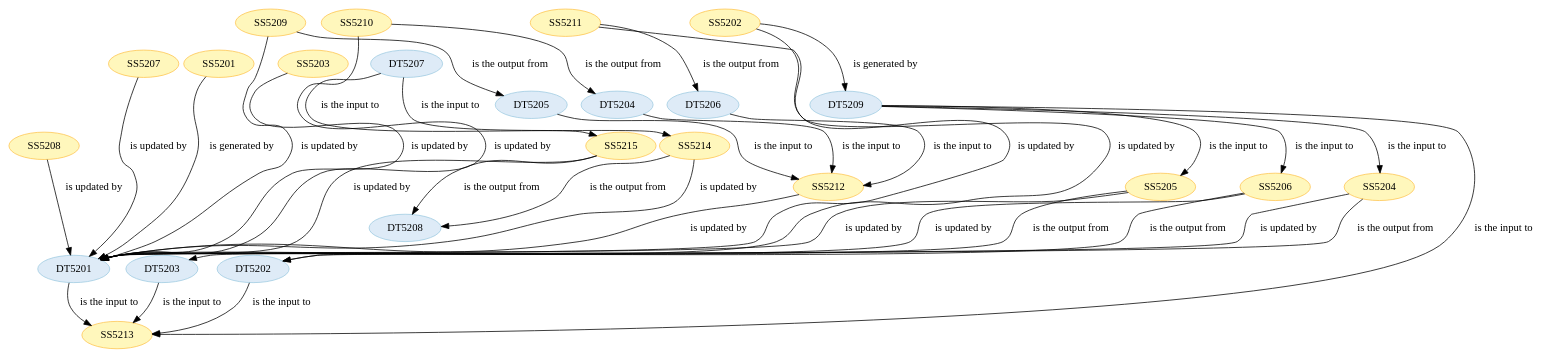
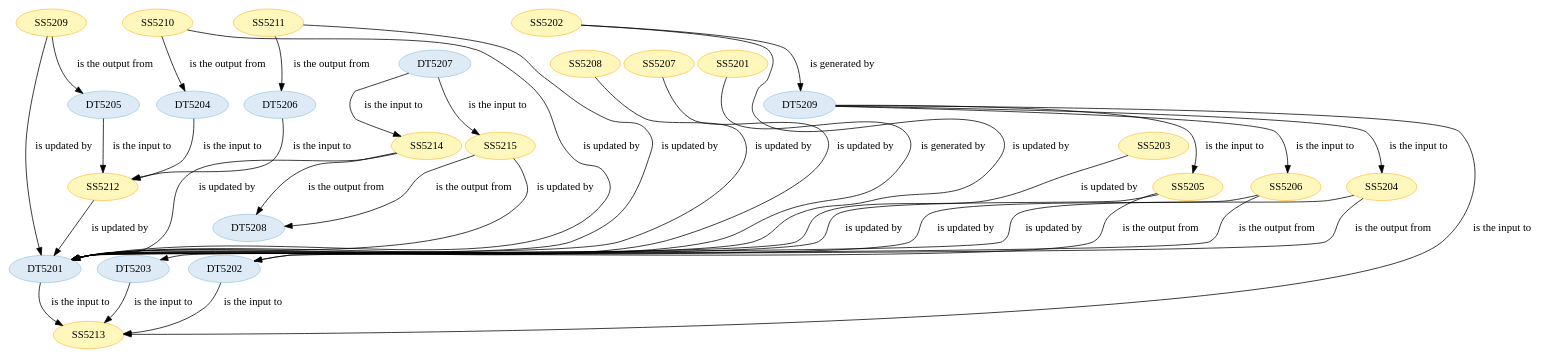
The diagram in wf5201/ST520101.dot (Marco-Salvi/cwl-test), drawn with Graphviz before and after one commit. The commit also changed other lines of this file and 19 other files, not shown here.

```diff
--- a/wf5201/ST520101.dot
+++ b/wf5201/ST520101.dot
@@ -1,122 +1,122 @@
 strict digraph {
 
 
-	"DT5204" [ color="2", colorscheme="blues3", fillcolor="1", style="filled",  weight=0 ];
+	"SS5211" [ color="2", colorscheme="ylorbr3", fillcolor="1", style="filled",  weight=0 ];
 
-	"DT5204" -> "SS5212" [ label="is the input to", labeltooltip="DT5204 - is the input to - SS5212",  weight=0 ];
+	"SS5211" -> "DT5201" [ label="is updated by", labeltooltip="DT5201 - is updated by - SS5211",  weight=0 ];
 
-	"SS5208" [ color="2", colorscheme="ylorbr3", fillcolor="1", style="filled",  weight=0 ];
-
-	"SS5208" -> "DT5201" [ label="is updated by", labeltooltip="DT5201 - is updated by - SS5208",  weight=0 ];
-
-	"SS5205" [ color="2", colorscheme="ylorbr3", fillcolor="1", style="filled",  weight=0 ];
-
-	"SS5205" -> "DT5201" [ label="is updated by", labeltooltip="DT5201 - is updated by - SS5205",  weight=0 ];
-
-	"SS5205" -> "DT5203" [ label="is the output from", labeltooltip="DT5203 - is the output from - SS5205",  weight=0 ];
-
-	"SS5213" [ color="2", colorscheme="ylorbr3", fillcolor="1", style="filled",  weight=0 ];
-
-	"SS5214" [ color="2", colorscheme="ylorbr3", fillcolor="1", style="filled",  weight=0 ];
-
-	"SS5214" -> "DT5201" [ label="is updated by", labeltooltip="DT5201 - is updated by - SS5214",  weight=0 ];
-
-	"SS5214" -> "DT5208" [ label="is the output from", labeltooltip="DT5208 - is the output from - SS5214",  weight=0 ];
+	"SS5211" -> "DT5206" [ label="is the output from", labeltooltip="DT5206 - is the output from - SS5211",  weight=0 ];
 
 	"SS5215" [ color="2", colorscheme="ylorbr3", fillcolor="1", style="filled",  weight=0 ];
 
 	"SS5215" -> "DT5201" [ label="is updated by", labeltooltip="DT5201 - is updated by - SS5215",  weight=0 ];
 
 	"SS5215" -> "DT5208" [ label="is the output from", labeltooltip="DT5208 - is the output from - SS5215",  weight=0 ];
 
-	"SS5212" [ color="2", colorscheme="ylorbr3", fillcolor="1", style="filled",  weight=0 ];
+	"DT5205" [ color="2", colorscheme="blues3", fillcolor="1", style="filled",  weight=0 ];
 
-	"SS5212" -> "DT5201" [ label="is updated by", labeltooltip="DT5201 - is updated by - SS5212",  weight=0 ];
+	"DT5205" -> "SS5212" [ label="is the input to", labeltooltip="DT5205 - is the input to - SS5212",  weight=0 ];
 
-	"DT5201" [ color="2", colorscheme="blues3", fillcolor="1", style="filled",  weight=0 ];
+	"SS5202" [ color="2", colorscheme="ylorbr3", fillcolor="1", style="filled",  weight=0 ];
 
-	"DT5201" -> "SS5213" [ label="is the input to", labeltooltip="DT5201 - is the input to - SS5213",  weight=0 ];
+	"SS5202" -> "DT5201" [ label="is updated by", labeltooltip="DT5201 - is updated by - SS5202",  weight=0 ];
+
+	"SS5202" -> "DT5209" [ label="is generated by", labeltooltip="DT5209 - is generated by - SS5202",  weight=0 ];
+
+	"SS5208" [ color="2", colorscheme="ylorbr3", fillcolor="1", style="filled",  weight=0 ];
+
+	"SS5208" -> "DT5201" [ label="is updated by", labeltooltip="DT5201 - is updated by - SS5208",  weight=0 ];
 
 	"SS5207" [ color="2", colorscheme="ylorbr3", fillcolor="1", style="filled",  weight=0 ];
 
 	"SS5207" -> "DT5201" [ label="is updated by", labeltooltip="DT5201 - is updated by - SS5207",  weight=0 ];
 
+	"SS5209" [ color="2", colorscheme="ylorbr3", fillcolor="1", style="filled",  weight=0 ];
+
+	"SS5209" -> "DT5205" [ label="is the output from", labeltooltip="DT5205 - is the output from - SS5209",  weight=0 ];
+
+	"SS5209" -> "DT5201" [ label="is updated by", labeltooltip="DT5201 - is updated by - SS5209",  weight=0 ];
+
+	"SS5210" [ color="2", colorscheme="ylorbr3", fillcolor="1", style="filled",  weight=0 ];
+
+	"SS5210" -> "DT5201" [ label="is updated by", labeltooltip="DT5201 - is updated by - SS5210",  weight=0 ];
+
+	"SS5210" -> "DT5204" [ label="is the output from", labeltooltip="DT5204 - is the output from - SS5210",  weight=0 ];
+
 	"DT5208" [ color="2", colorscheme="blues3", fillcolor="1", style="filled",  weight=0 ];
 
-	"SS5201" [ color="2", colorscheme="ylorbr3", fillcolor="1", style="filled",  weight=0 ];
+	"DT5203" [ color="2", colorscheme="blues3", fillcolor="1", style="filled",  weight=0 ];
 
-	"SS5201" -> "DT5201" [ label="is generated by", labeltooltip="DT5201 - is generated by - SS5201",  weight=0 ];
+	"DT5203" -> "SS5213" [ label="is the input to", labeltooltip="DT5203 - is the input to - SS5213",  weight=0 ];
+
+	"SS5206" [ color="2", colorscheme="ylorbr3", fillcolor="1", style="filled",  weight=0 ];
+
+	"SS5206" -> "DT5201" [ label="is updated by", labeltooltip="DT5201 - is updated by - SS5206",  weight=0 ];
+
+	"SS5206" -> "DT5202" [ label="is the output from", labeltooltip="DT5202 - is the output from - SS5206",  weight=0 ];
+
+	"SS5212" [ color="2", colorscheme="ylorbr3", fillcolor="1", style="filled",  weight=0 ];
+
+	"SS5212" -> "DT5201" [ label="is updated by", labeltooltip="DT5201 - is updated by - SS5212",  weight=0 ];
 
 	"DT5202" [ color="2", colorscheme="blues3", fillcolor="1", style="filled",  weight=0 ];
 
 	"DT5202" -> "SS5213" [ label="is the input to", labeltooltip="DT5202 - is the input to - SS5213",  weight=0 ];
 
 	"DT5206" [ color="2", colorscheme="blues3", fillcolor="1", style="filled",  weight=0 ];
 
 	"DT5206" -> "SS5212" [ label="is the input to", labeltooltip="DT5206 - is the input to - SS5212",  weight=0 ];
 
-	"DT5209" [ color="2", colorscheme="blues3", fillcolor="1", style="filled",  weight=0 ];
-
-	"DT5209" -> "SS5206" [ label="is the input to", labeltooltip="DT5209 - is the input to - SS5206",  weight=0 ];
-
-	"DT5209" -> "SS5213" [ label="is the input to", labeltooltip="DT5209 - is the input to - SS5213",  weight=0 ];
-
-	"DT5209" -> "SS5204" [ label="is the input to", labeltooltip="DT5209 - is the input to - SS5204",  weight=0 ];
-
-	"DT5209" -> "SS5205" [ label="is the input to", labeltooltip="DT5209 - is the input to - SS5205",  weight=0 ];
-
 	"SS5203" [ color="2", colorscheme="ylorbr3", fillcolor="1", style="filled",  weight=0 ];
 
 	"SS5203" -> "DT5201" [ label="is updated by", labeltooltip="DT5201 - is updated by - SS5203",  weight=0 ];
 
-	"SS5209" [ color="2", colorscheme="ylorbr3", fillcolor="1", style="filled",  weight=0 ];
+	"DT5201" [ color="2", colorscheme="blues3", fillcolor="1", style="filled",  weight=0 ];
 
-	"SS5209" -> "DT5201" [ label="is updated by", labeltooltip="DT5201 - is updated by - SS5209",  weight=0 ];
+	"DT5201" -> "SS5213" [ label="is the input to", labeltooltip="DT5201 - is the input to - SS5213",  weight=0 ];
 
-	"SS5209" -> "DT5205" [ label="is the output from", labeltooltip="DT5205 - is the output from - SS5209",  weight=0 ];
+	"DT5204" [ color="2", colorscheme="blues3", fillcolor="1", style="filled",  weight=0 ];
+
+	"DT5204" -> "SS5212" [ label="is the input to", labeltooltip="DT5204 - is the input to - SS5212",  weight=0 ];
 
 	"DT5207" [ color="2", colorscheme="blues3", fillcolor="1", style="filled",  weight=0 ];
 
 	"DT5207" -> "SS5214" [ label="is the input to", labeltooltip="DT5207 - is the input to - SS5214",  weight=0 ];
 
 	"DT5207" -> "SS5215" [ label="is the input to", labeltooltip="DT5207 - is the input to - SS5215",  weight=0 ];
 
 	"SS5204" [ color="2", colorscheme="ylorbr3", fillcolor="1", style="filled",  weight=0 ];
 
 	"SS5204" -> "DT5201" [ label="is updated by", labeltooltip="DT5201 - is updated by - SS5204",  weight=0 ];
 
 	"SS5204" -> "DT5202" [ label="is the output from", labeltooltip="DT5202 - is the output from - SS5204",  weight=0 ];
 
-	"DT5203" [ color="2", colorscheme="blues3", fillcolor="1", style="filled",  weight=0 ];
+	"SS5201" [ color="2", colorscheme="ylorbr3", fillcolor="1", style="filled",  weight=0 ];
 
-	"DT5203" -> "SS5213" [ label="is the input to", labeltooltip="DT5203 - is the input to - SS5213",  weight=0 ];
+	"SS5201" -> "DT5201" [ label="is generated by", labeltooltip="DT5201 - is generated by - SS5201",  weight=0 ];
 
-	"SS5202" [ color="2", colorscheme="ylorbr3", fillcolor="1", style="filled",  weight=0 ];
+	"SS5205" [ color="2", colorscheme="ylorbr3", fillcolor="1", style="filled",  weight=0 ];
 
-	"SS5202" -> "DT5201" [ label="is updated by", labeltooltip="DT5201 - is updated by - SS5202",  weight=0 ];
+	"SS5205" -> "DT5203" [ label="is the output from", labeltooltip="DT5203 - is the output from - SS5205",  weight=0 ];
 
-	"SS5202" -> "DT5209" [ label="is generated by", labeltooltip="DT5209 - is generated by - SS5202",  weight=0 ];
+	"SS5205" -> "DT5201" [ label="is updated by", labeltooltip="DT5201 - is updated by - SS5205",  weight=0 ];
 
-	"SS5206" [ color="2", colorscheme="ylorbr3", fillcolor="1", style="filled",  weight=0 ];
+	"SS5213" [ color="2", colorscheme="ylorbr3", fillcolor="1", style="filled",  weight=0 ];
 
-	"SS5206" -> "DT5201" [ label="is updated by", labeltooltip="DT5201 - is updated by - SS5206",  weight=0 ];
+	"SS5214" [ color="2", colorscheme="ylorbr3", fillcolor="1", style="filled",  weight=0 ];
 
-	"SS5206" -> "DT5202" [ label="is the output from", labeltooltip="DT5202 - is the output from - SS5206",  weight=0 ];
+	"SS5214" -> "DT5201" [ label="is updated by", labeltooltip="DT5201 - is updated by - SS5214",  weight=0 ];
 
-	"DT5205" [ color="2", colorscheme="blues3", fillcolor="1", style="filled",  weight=0 ];
+	"SS5214" -> "DT5208" [ label="is the output from", labeltooltip="DT5208 - is the output from - SS5214",  weight=0 ];
 
-	"DT5205" -> "SS5212" [ label="is the input to", labeltooltip="DT5205 - is the input to - SS5212",  weight=0 ];
+	"DT5209" [ color="2", colorscheme="blues3", fillcolor="1", style="filled",  weight=0 ];
 
-	"SS5211" [ color="2", colorscheme="ylorbr3", fillcolor="1", style="filled",  weight=0 ];
+	"DT5209" -> "SS5204" [ label="is the input to", labeltooltip="DT5209 - is the input to - SS5204",  weight=0 ];
 
-	"SS5211" -> "DT5201" [ label="is updated by", labeltooltip="DT5201 - is updated by - SS5211",  weight=0 ];
+	"DT5209" -> "SS5205" [ label="is the input to", labeltooltip="DT5209 - is the input to - SS5205",  weight=0 ];
 
-	"SS5211" -> "DT5206" [ label="is the output from", labeltooltip="DT5206 - is the output from - SS5211",  weight=0 ];
+	"DT5209" -> "SS5206" [ label="is the input to", labeltooltip="DT5209 - is the input to - SS5206",  weight=0 ];
 
-	"SS5210" [ color="2", colorscheme="ylorbr3", fillcolor="1", style="filled",  weight=0 ];
-
-	"SS5210" -> "DT5201" [ label="is updated by", labeltooltip="DT5201 - is updated by - SS5210",  weight=0 ];
-
-	"SS5210" -> "DT5204" [ label="is the output from", labeltooltip="DT5204 - is the output from - SS5210",  weight=0 ];
+	"DT5209" -> "SS5213" [ label="is the input to", labeltooltip="DT5209 - is the input to - SS5213",  weight=0 ];
 
 }
```
